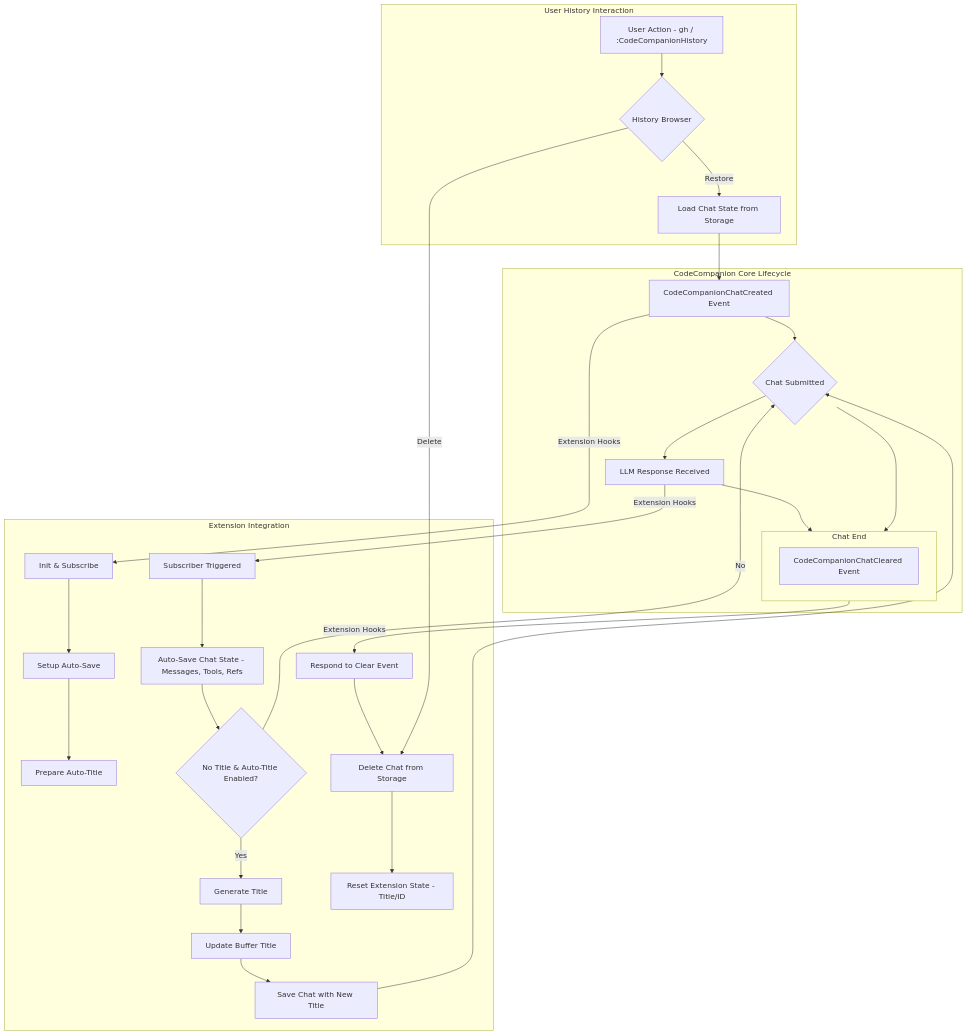
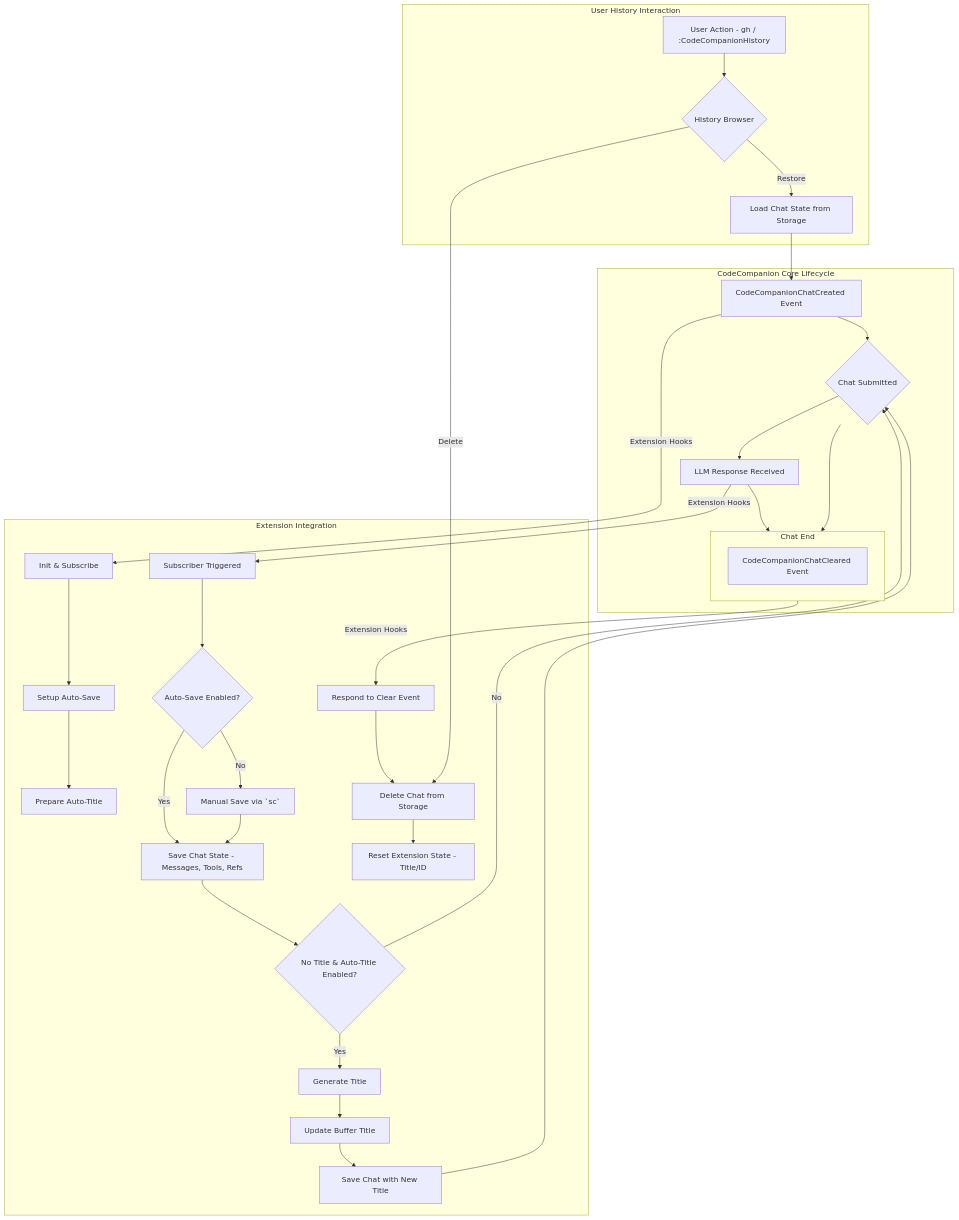
One commit to tawat-ki/codecompanion-history.nvim changed the diagram in README.md. Above: the diagram before and after it, drawn with Mermaid. The commit also changed other lines of this file and 2 other files, not shown here.

Commit message:
feat: allow configuring `auto_save` with manual saving option (fixes #5)

````diff
--- a/README.md
+++ b/README.md
@@ -161,39 +168,42 @@
 ```mermaid
 graph TD
     subgraph CodeCompanion Core Lifecycle
         A[CodeCompanionChatCreated Event] --> B{Chat Submitted};
         B --> C[LLM Response Received];
         subgraph Chat End
             direction RL
             D[CodeCompanionChatCleared Event];
         end
         C --> D;
         B --> D;
     end
 
     subgraph Extension Integration
         A -- Extension Hooks --> E[Init & Subscribe];
         E --> F[Setup Auto-Save];
         F --> G[Prepare Auto-Title];
 
         C -- Extension Hooks --> H[Subscriber Triggered];
-        H --> I[Auto-Save Chat State - Messages, Tools, Refs];
+        H --> H1{Auto-Save Enabled?};
+        H1 -- Yes --> I[Save Chat State - Messages, Tools, Refs];
+        H1 -- No --> H2[Manual Save via `sc`];
+        H2 --> I;
         I --> J{No Title & Auto-Title Enabled?};
         J -- Yes --> K[Generate Title];
         K --> L[Update Buffer Title];
         L --> M[Save Chat with New Title];
         J -- No --> B;
         M --> B;
 
         D -- Extension Hooks --> N[Respond to Clear Event];
         N --> O[Delete Chat from Storage];
         O --> P[Reset Extension State - Title/ID];
     end
 
     subgraph User History Interaction
         Q[User Action - gh / :CodeCompanionHistory] --> R{History Browser};
         R -- Restore --> S[Load Chat State from Storage];
         S --> A;
         R -- Delete --> O;
     end
 ```
````
